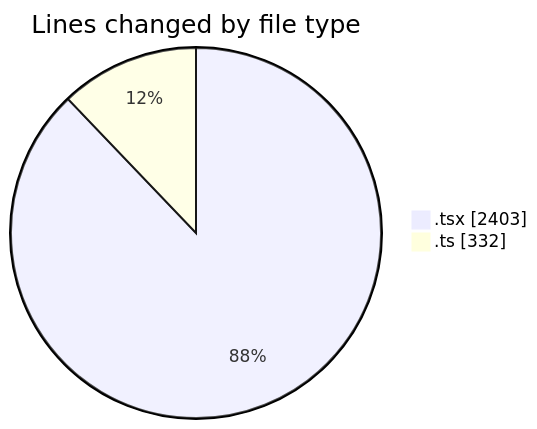
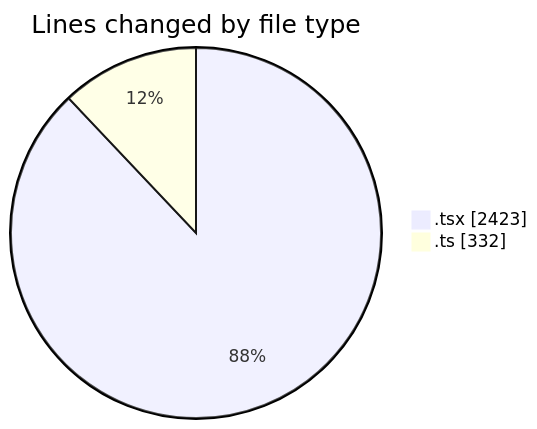
One commit to nxtqubesakshisongat/code-tracking changed the first of 2 diagrams in 2026-03-24/nxtqube_webapp/README.md. Above: the diagram before and after it, drawn with Mermaid. The commit also changed other lines of this file and 1 other file, not shown here.

````diff
--- a/2026-03-24/nxtqube_webapp/README.md
+++ b/2026-03-24/nxtqube_webapp/README.md
@@ -24,6 +24,6 @@
 ```mermaid
 pie showData
 title Lines changed by file type
-".tsx" : 2403
+".tsx" : 2423
 ".ts" : 332
 ```
````
